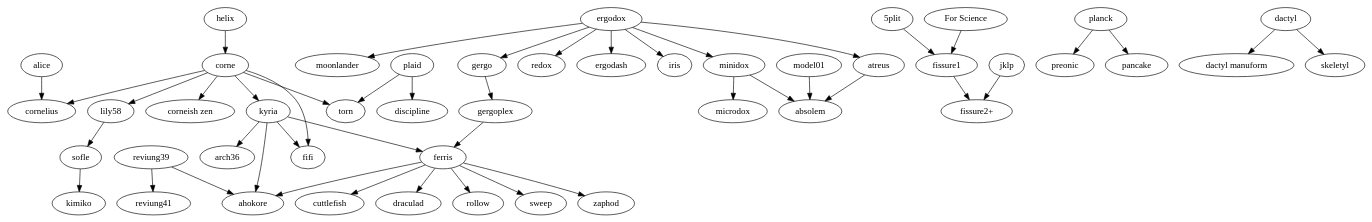
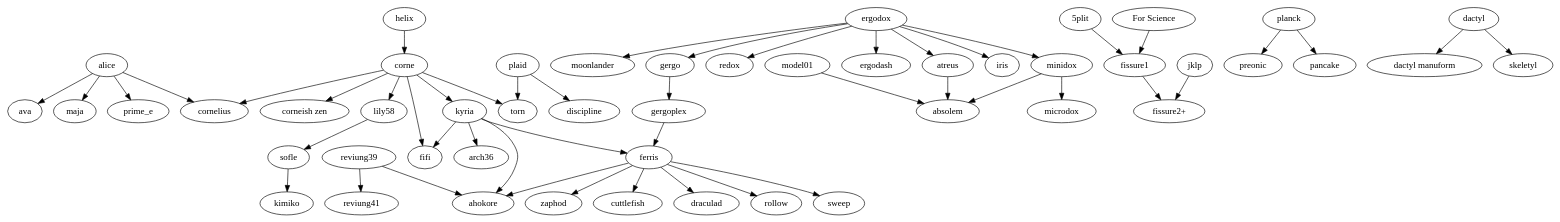
Before and after one commit to petejohanson/mk-family-tree: the diagram in tree.gv, drawn with Graphviz.

Commit message:
Add a few Alice descendents.

```diff
--- a/tree.gv
+++ b/tree.gv
@@ -1,95 +1,98 @@
 digraph T {
   subgraph splits {
     helix -> corne;
 
     corne -> {
       "corneish zen";
       cornelius;
       fifi;
       kyria;
       lily58;
       torn;
     };
 
     lily58 -> sofle;
 
     kyria -> {
         ahokore;
         arch36;
         ferris;
         fifi;
     };
 
     ergodox -> {
       atreus;
       ergodash;
       gergo;
       iris;
       minidox;
       moonlander;
       redox;
     };
 
     gergo -> gergoplex;
     gergoplex -> ferris;
 
     ferris -> {
       ahokore;
       cuttlefish;
       draculad;
       rollow;
       sweep;
       zaphod;
     };
 
     minidox -> {
       absolem;
       microdox;
     };
 
     model01 -> {
       absolem;
     };
 
     sofle -> kimiko;
 
     "5plit" -> "fissure1";
     "For Science" -> "fissure1";
     fissure1 -> "fissure2+";
     jklp -> "fissure2+";
   }
 
   subgraph unibody {
     atreus -> {
       absolem;
     };
     reviung39 -> {
       ahokore;
       reviung41;
     };
   };
 
   subgraph ortholinear {
     plaid -> {
       discipline;
       torn;
     };
     planck -> {
       preonic;
       pancake;
     };
   }
 
   subgraph {
     dactyl -> {
       "dactyl manuform";
       skeletyl;
     }
   }
 
   subgraph alicefamily {
     alice -> {
+      ava;
       cornelius;
+      maja;
+      prime_e;
     }
   }
 }
```
